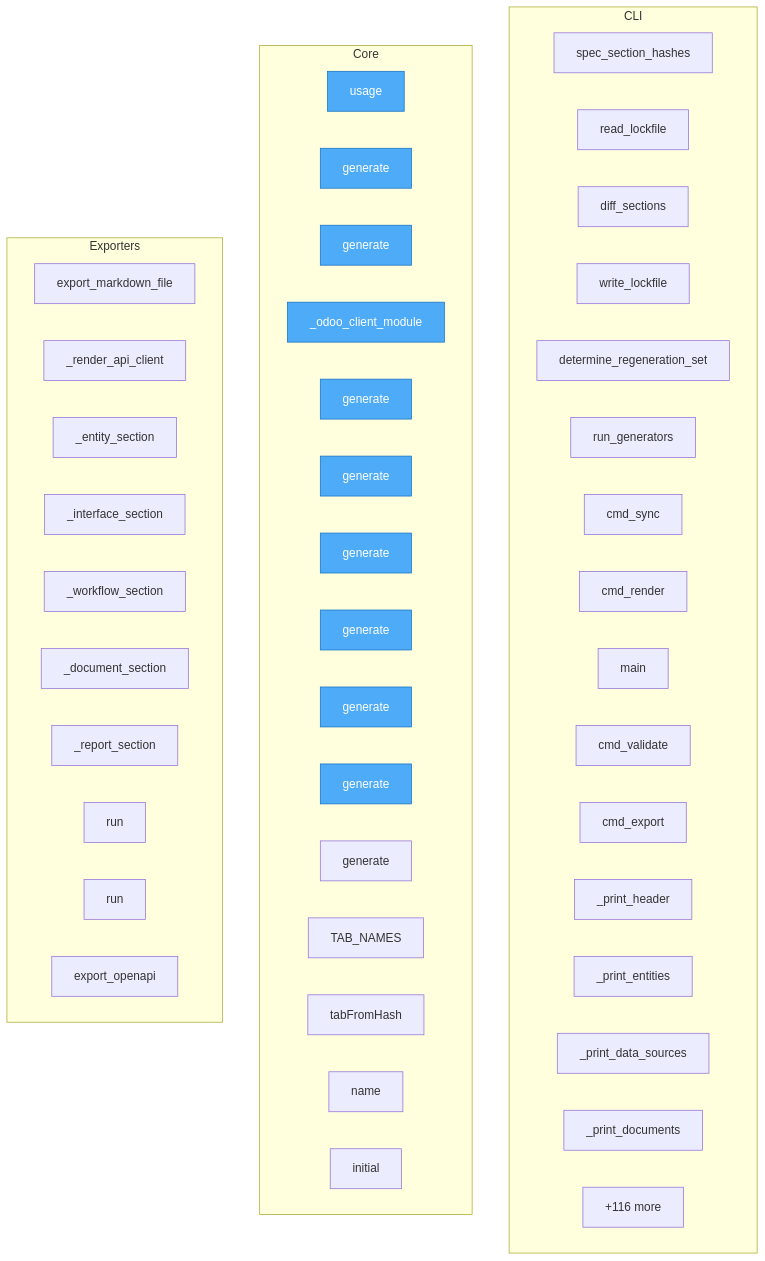
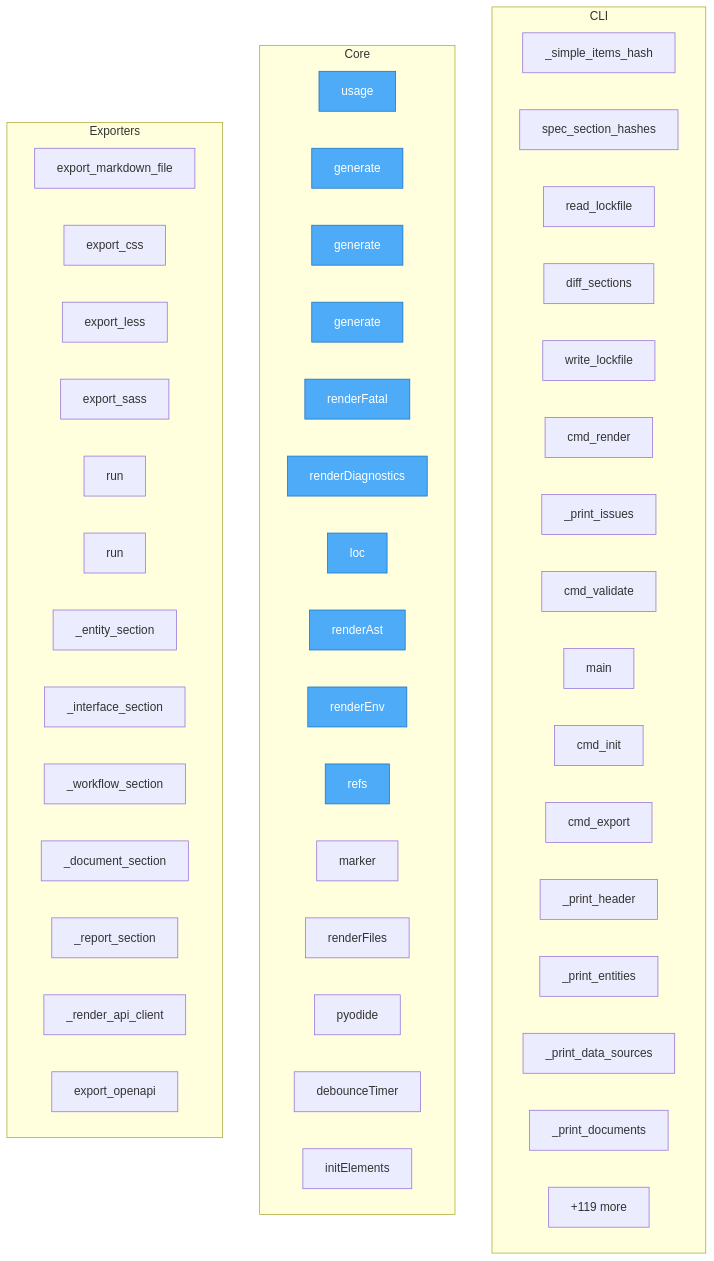
The diagram in project/flow.mmd (oqlos/doql), drawn with Mermaid before and after one commit. The commit also changed 39 other files, not shown here.

```diff
--- a/project/flow.mmd
+++ b/project/flow.mmd
@@ -1,57 +1,60 @@
 flowchart TD
 
     %% Entry points (blue)
     classDef entry fill:#4dabf7,stroke:#1971c2,color:#fff
 
     subgraph CLI
+        doql__cli__lockfile___simple_items_hash["_simple_items_hash"]
         doql__cli__lockfile__spec_section_hashes["spec_section_hashes"]
         doql__cli__lockfile__read_lockfile["read_lockfile"]
         doql__cli__lockfile__diff_sections["diff_sections"]
         doql__cli__lockfile__write_lockfile["write_lockfile"]
-        doql__cli__sync__determine_regeneration_set["determine_regeneration_set"]
-        doql__cli__sync__run_generators["run_generators"]
-        doql__cli__sync__cmd_sync["cmd_sync"]
         doql__cli__commands__render__cmd_render["cmd_render"]
+        doql__cli__commands__validate___print_issues["_print_issues"]
+        doql__cli__commands__validate__cmd_validate["cmd_validate"]
         doql__cli__main__main["main"]
-        doql__cli__commands__validate__cmd_validate["cmd_validate"]
+        doql__cli__commands__init__cmd_init["cmd_init"]
         doql__cli__commands__export__cmd_export["cmd_export"]
         doql__cli__commands__plan___print_header["_print_header"]
         doql__cli__commands__plan___print_entities["_print_entities"]
         doql__cli__commands__plan___print_data_sources["_print_data_sources"]
         doql__cli__commands__plan___print_documents["_print_documents"]
-        ...["+68 more"]
+        ...["+87 more"]
     end
 
     subgraph Core
         doql__usage["usage"]
-        plugins__doql_plugin_fleet__doql_plugin_fleet__generate["generate"]
-        plugins__doql_plugin_iso17025__doql_plugin_iso17025__traceability__generate["generate"]
-        plugins__doql_plugin_erp__doql_plugin_erp___odoo_client_module["_odoo_client_module"]
-        plugins__doql_plugin_erp__doql_plugin_erp__generate["generate"]
         plugins__doql_plugin_gxp__doql_plugin_gxp__generate["generate"]
-        plugins__doql_plugin_iso17025__doql_plugin_iso17025__certificate__generate["generate"]
-        plugins__doql_plugin_iso17025__doql_plugin_iso17025__generate["generate"]
-        plugins__doql_plugin_iso17025__doql_plugin_iso17025__migration__generate["generate"]
         plugins__doql_plugin_iso17025__doql_plugin_iso17025__uncertainty__generate["generate"]
         plugins__doql_plugin_iso17025__doql_plugin_iso17025__drift_monitor__generate["generate"]
-        playground__app__TAB_NAMES["TAB_NAMES"]
-        playground__app__tabFromHash["tabFromHash"]
-        playground__app__name["name"]
-        playground__app__initial["initial"]
-        ...["+116 more"]
+        playground__renderers__renderFatal["renderFatal"]
+        playground__renderers__renderDiagnostics["renderDiagnostics"]
+        playground__renderers__loc["loc"]
+        playground__renderers__renderAst["renderAst"]
+        playground__renderers__renderEnv["renderEnv"]
+        playground__renderers__refs["refs"]
+        playground__renderers__marker["marker"]
+        playground__renderers__renderFiles["renderFiles"]
+        playground__pyodide_bridge__pyodide["pyodide"]
+        playground__pyodide_bridge__debounceTimer["debounceTimer"]
+        playground__pyodide_bridge__initElements["initElements"]
+        ...["+119 more"]
     end
 
     subgraph Exporters
         doql__exporters__markdown__export_markdown_file["export_markdown_file"]
-        doql__exporters__css__renderers___render_api_client["_render_api_client"]
+        doql__exporters__css__export_css["export_css"]
+        doql__exporters__css__export_less["export_less"]
+        doql__exporters__css__export_sass["export_sass"]
+        doql__generators__export_postman__run["run"]
+        doql__generators__export_ts_sdk__run["run"]
         doql__exporters__markdown__sections___entity_section["_entity_section"]
         doql__exporters__markdown__sections___interface_section["_interface_section"]
         doql__exporters__markdown__sections___workflow_section["_workflow_section"]
         doql__exporters__markdown__sections___document_section["_document_section"]
         doql__exporters__markdown__sections___report_section["_report_section"]
-        doql__generators__export_postman__run["run"]
-        doql__generators__export_ts_sdk__run["run"]
+        doql__exporters__css__renderers___render_api_client["_render_api_client"]
         doql__generators__api_gen__export_openapi["export_openapi"]
     end
 
-    class doql__usage,plugins__doql_plugin_fleet__doql_plugin_fleet__generate,plugins__doql_plugin_iso17025__doql_plugin_iso17025__traceability__generate,plugins__doql_plugin_erp__doql_plugin_erp___odoo_client_module,plugins__doql_plugin_erp__doql_plugin_erp__generate,plugins__doql_plugin_gxp__doql_plugin_gxp__generate,plugins__doql_plugin_iso17025__doql_plugin_iso17025__certificate__generate,plugins__doql_plugin_iso17025__doql_plugin_iso17025__generate,plugins__doql_plugin_iso17025__doql_plugin_iso17025__migration__generate,plugins__doql_plugin_iso17025__doql_plugin_iso17025__uncertainty__generate entry
+    class doql__usage,plugins__doql_plugin_gxp__doql_plugin_gxp__generate,plugins__doql_plugin_iso17025__doql_plugin_iso17025__uncertainty__generate,plugins__doql_plugin_iso17025__doql_plugin_iso17025__drift_monitor__generate,playground__renderers__renderFatal,playground__renderers__renderDiagnostics,playground__renderers__loc,playground__renderers__renderAst,playground__renderers__renderEnv,playground__renderers__refs entry
```
